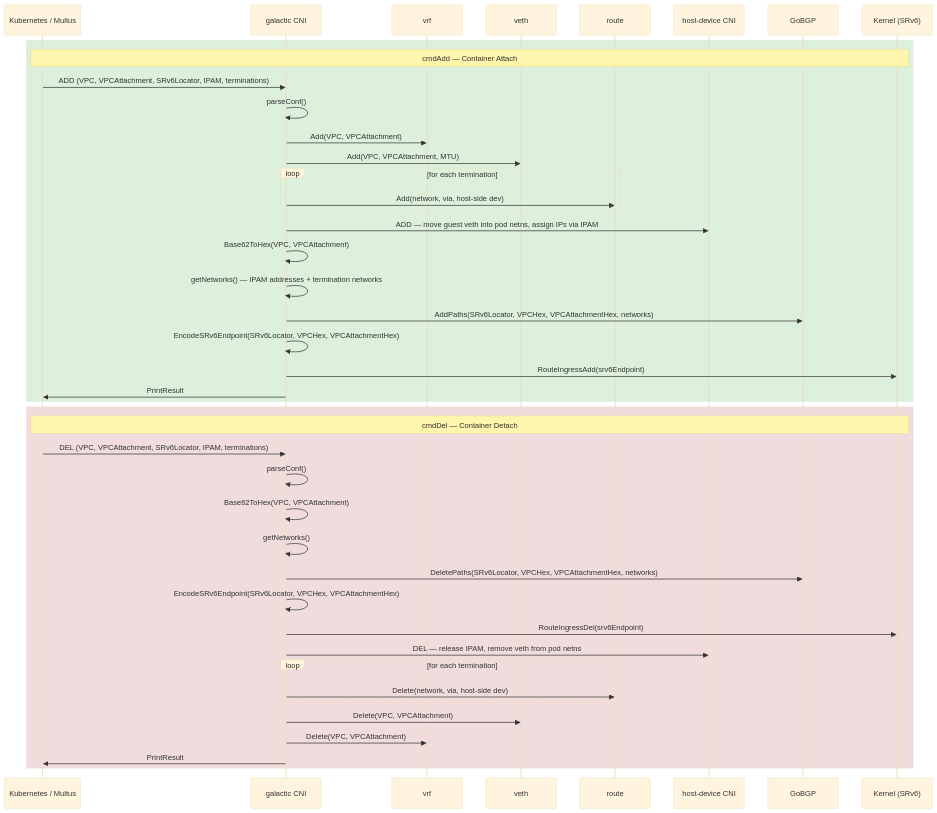
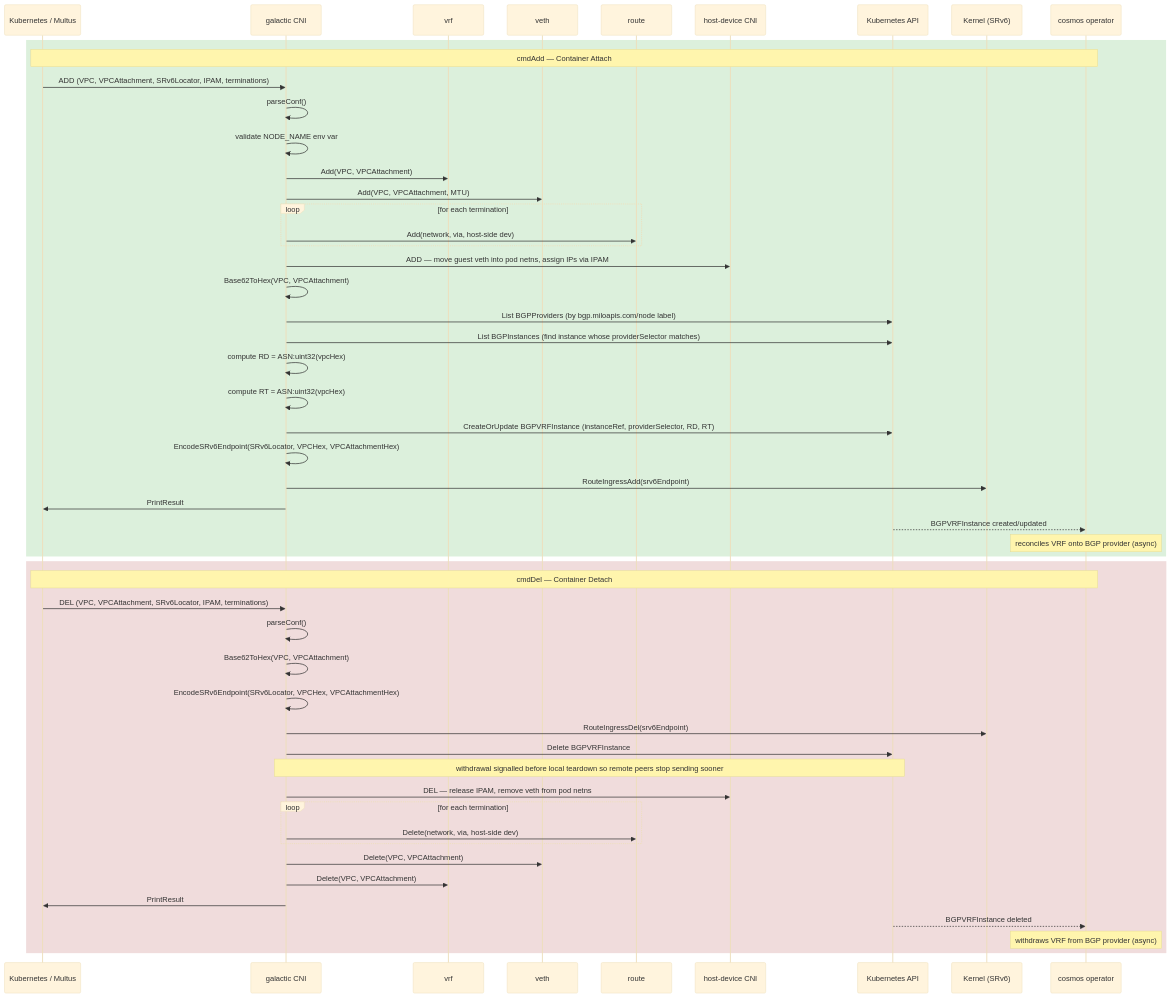
Before and after one commit to datum-cloud/galactic: the diagram in docs/cni-sequence.md, drawn with Mermaid (base theme). The commit also changed 10 other files, not shown here.

````diff
--- a/docs/cni-sequence.md
+++ b/docs/cni-sequence.md
@@ -3,47 +3,56 @@
 ```mermaid
 sequenceDiagram
     participant Multus as Kubernetes / Multus
     participant CNI as galactic CNI
     participant VRF as vrf
     participant Veth as veth
     participant Route as route
     participant HD as host-device CNI
-    participant GoBGP as GoBGP
+    participant K8s as Kubernetes API
     participant Kernel as Kernel (SRv6)
+    participant Cosmos as cosmos operator
 
     rect rgb(220, 240, 220)
-        note over Multus,Kernel: cmdAdd — Container Attach
+        note over Multus,Cosmos: cmdAdd — Container Attach
         Multus->>CNI: ADD (VPC, VPCAttachment, SRv6Locator, IPAM, terminations)
         CNI->>CNI: parseConf()
+        CNI->>CNI: validate NODE_NAME env var
         CNI->>VRF: Add(VPC, VPCAttachment)
         CNI->>Veth: Add(VPC, VPCAttachment, MTU)
         loop for each termination
             CNI->>Route: Add(network, via, host-side dev)
         end
         CNI->>HD: ADD — move guest veth into pod netns, assign IPs via IPAM
         CNI->>CNI: Base62ToHex(VPC, VPCAttachment)
-        CNI->>CNI: getNetworks() — IPAM addresses + termination networks
-        CNI->>GoBGP: AddPaths(SRv6Locator, VPCHex, VPCAttachmentHex, networks)
+        CNI->>K8s: List BGPProviders (by bgp.miloapis.com/node label)
+        CNI->>K8s: List BGPInstances (find instance whose providerSelector matches)
+        CNI->>CNI: compute RD = ASN:uint32(vpcHex)
+        CNI->>CNI: compute RT = ASN:uint32(vpcHex)
+        CNI->>K8s: CreateOrUpdate BGPVRFInstance (instanceRef, providerSelector, RD, RT)
         CNI->>CNI: EncodeSRv6Endpoint(SRv6Locator, VPCHex, VPCAttachmentHex)
         CNI->>Kernel: RouteIngressAdd(srv6Endpoint)
         CNI->>Multus: PrintResult
+        K8s-->>Cosmos: BGPVRFInstance created/updated
+        note over Cosmos: reconciles VRF onto BGP provider (async)
     end
 
     rect rgb(240, 220, 220)
-        note over Multus,Kernel: cmdDel — Container Detach
+        note over Multus,Cosmos: cmdDel — Container Detach
         Multus->>CNI: DEL (VPC, VPCAttachment, SRv6Locator, IPAM, terminations)
         CNI->>CNI: parseConf()
         CNI->>CNI: Base62ToHex(VPC, VPCAttachment)
-        CNI->>CNI: getNetworks()
-        CNI->>GoBGP: DeletePaths(SRv6Locator, VPCHex, VPCAttachmentHex, networks)
         CNI->>CNI: EncodeSRv6Endpoint(SRv6Locator, VPCHex, VPCAttachmentHex)
         CNI->>Kernel: RouteIngressDel(srv6Endpoint)
+        CNI->>K8s: Delete BGPVRFInstance
+        note over CNI,K8s: withdrawal signalled before local teardown so remote peers stop sending sooner
         CNI->>HD: DEL — release IPAM, remove veth from pod netns
         loop for each termination
             CNI->>Route: Delete(network, via, host-side dev)
         end
         CNI->>Veth: Delete(VPC, VPCAttachment)
         CNI->>VRF: Delete(VPC, VPCAttachment)
         CNI->>Multus: PrintResult
+        K8s-->>Cosmos: BGPVRFInstance deleted
+        note over Cosmos: withdraws VRF from BGP provider (async)
     end
 ```
````
